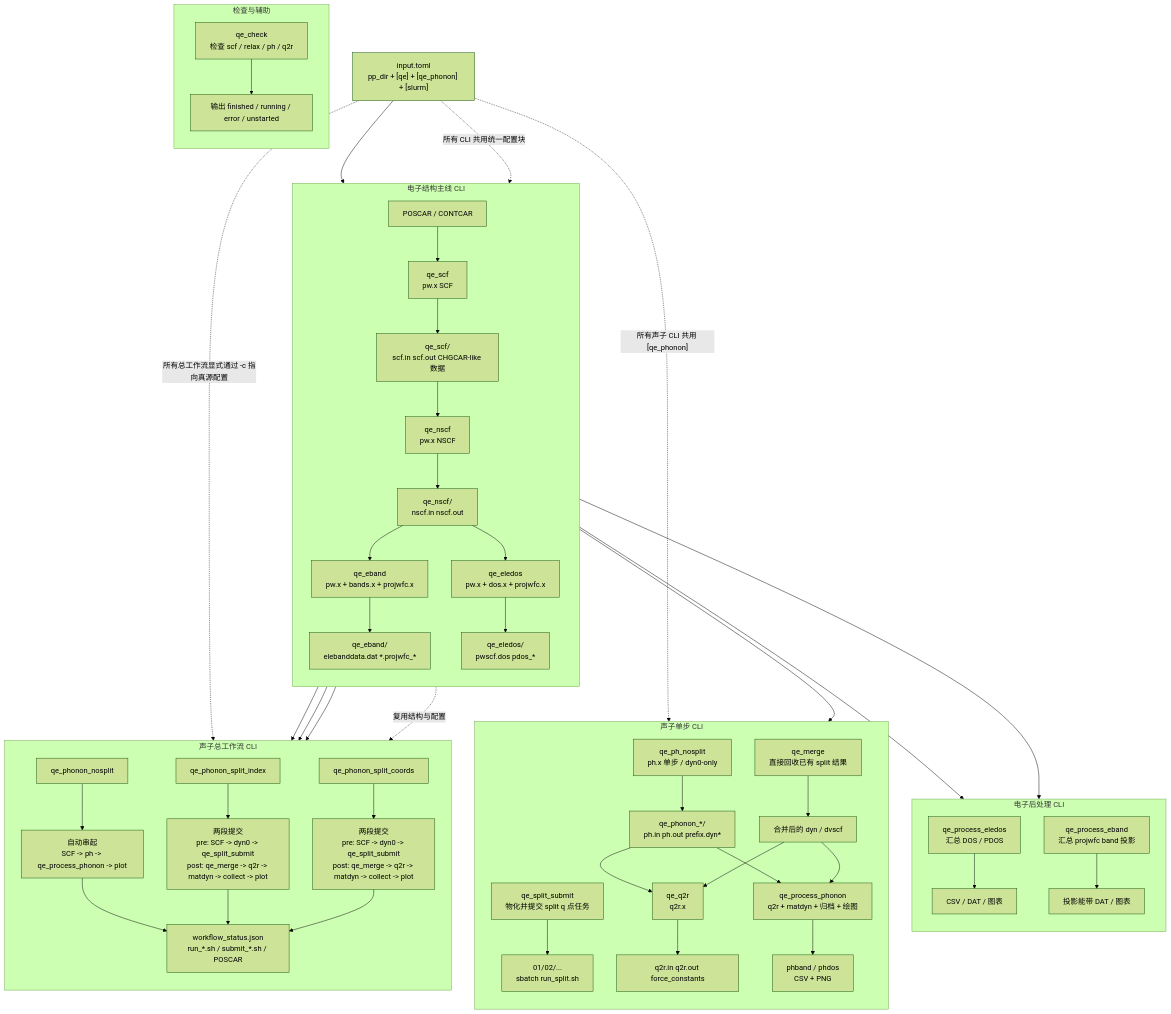
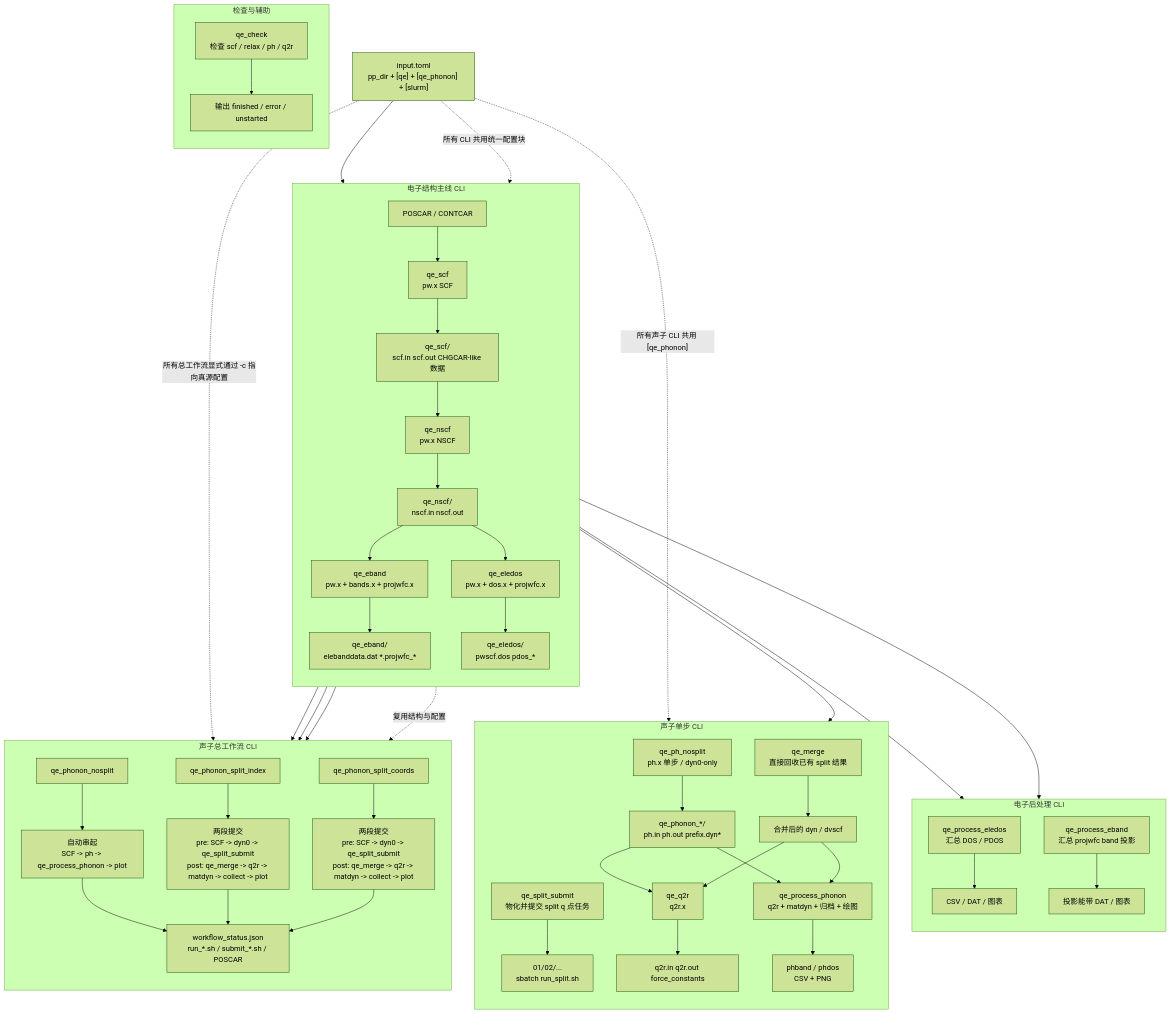
Before and after one commit to JLU-ICCMS-MaYuan/dftflow: the diagram in qeflow/qeflow-cli-flow.mmd, drawn with Mermaid (forest theme). The commit also changed 8 other files, not shown here.

```diff
--- a/qeflow/qeflow-cli-flow.mmd
+++ b/qeflow/qeflow-cli-flow.mmd
@@ -1,69 +1,69 @@
 ---
 id: 9d23b8b8-8985-4c98-9f55-d7b4e3a87670
 ---
 flowchart TD
     A["input.toml<br/>pp_dir + [qe] + [qe_phonon] + [slurm]"] --> B["POSCAR / CONTCAR"]
 
     subgraph E0["电子结构主线 CLI"]
         direction TD
         B --> E1["qe_scf<br/>pw.x SCF"]
         E1 --> E1O["qe_scf/<br/>scf.in scf.out CHGCAR-like 数据"]
         E1O --> E2["qe_nscf<br/>pw.x NSCF"]
         E2 --> E2O["qe_nscf/<br/>nscf.in nscf.out"]
         E2O --> E3["qe_eband<br/>pw.x + bands.x + projwfc.x"]
         E3 --> E3O["qe_eband/<br/>elebanddata.dat *.projwfc_*"]
         E2O --> E4["qe_eledos<br/>pw.x + dos.x + projwfc.x"]
         E4 --> E4O["qe_eledos/<br/>pwscf.dos pdos_*"]
     end
 
     subgraph E5["电子后处理 CLI"]
         direction TD
         E4O --> E6["qe_process_eledos<br/>汇总 DOS / PDOS"]
         E6 --> E6O["CSV / DAT / 图表"]
         E3O --> E7["qe_process_eband<br/>汇总 projwfc band 投影"]
         E7 --> E7O["投影能带 DAT / 图表"]
     end
 
     subgraph P0["声子单步 CLI"]
         direction TD
         B --> P1["qe_ph_nosplit<br/>ph.x 单步 / dyn0-only"]
         P1 --> P1O["qe_phonon_*/<br/>ph.in ph.out prefix.dyn*"]
 
         P4["qe_merge<br/>直接回收已有 split 结果"]
         P4 --> P4O["合并后的 dyn / dvscf"]
         P4S["qe_split_submit<br/>物化并提交 split q 点任务"]
         P4S --> P4SO["01/02/...<br/>sbatch run_split.sh"]
 
         P1O --> P5["qe_q2r<br/>q2r.x"]
         P4O --> P5
         P5 --> P5O["q2r.in q2r.out force_constants"]
 
         P1O --> P6["qe_process_phonon<br/>q2r + matdyn + 归档 + 绘图"]
         P4O --> P6
         P6 --> P6O["phband / phdos<br/>CSV + PNG"]
     end
 
     subgraph P8["声子总工作流 CLI"]
         direction TD
         B --> W1["qe_phonon_nosplit"]
         B --> W2["qe_phonon_split_index"]
         B --> W3["qe_phonon_split_coords"]
 
         W1 --> W1S["自动串起<br/>SCF -> ph -> qe_process_phonon -> plot"]
         W2 --> W2S["两段提交<br/>pre: SCF -> dyn0 -> qe_split_submit<br/>post: qe_merge -> q2r -> matdyn -> collect -> plot"]
         W3 --> W3S["两段提交<br/>pre: SCF -> dyn0 -> qe_split_submit<br/>post: qe_merge -> q2r -> matdyn -> collect -> plot"]
 
         W1S --> WS["workflow_status.json<br/>run_*.sh / submit_*.sh / POSCAR"]
         W2S --> WS
         W3S --> WS
     end
 
     subgraph C0["检查与辅助"]
         direction TD
-        C1["qe_check<br/>检查 scf / relax / ph / q2r"] --> C2["输出 finished / running / error / unstarted"]
+        C1["qe_check<br/>检查 scf / relax / ph / q2r"] --> C2["输出 finished / error / unstarted"]
     end
 
     E1O -. 复用结构与配置 .-> P8
     A -. 所有 CLI 共用统一配置块 .-> E0
     A -. 所有声子 CLI 共用 [qe_phonon] .-> P0
     A -. 所有总工作流显式通过 -c 指向真源配置 .-> P8
```
